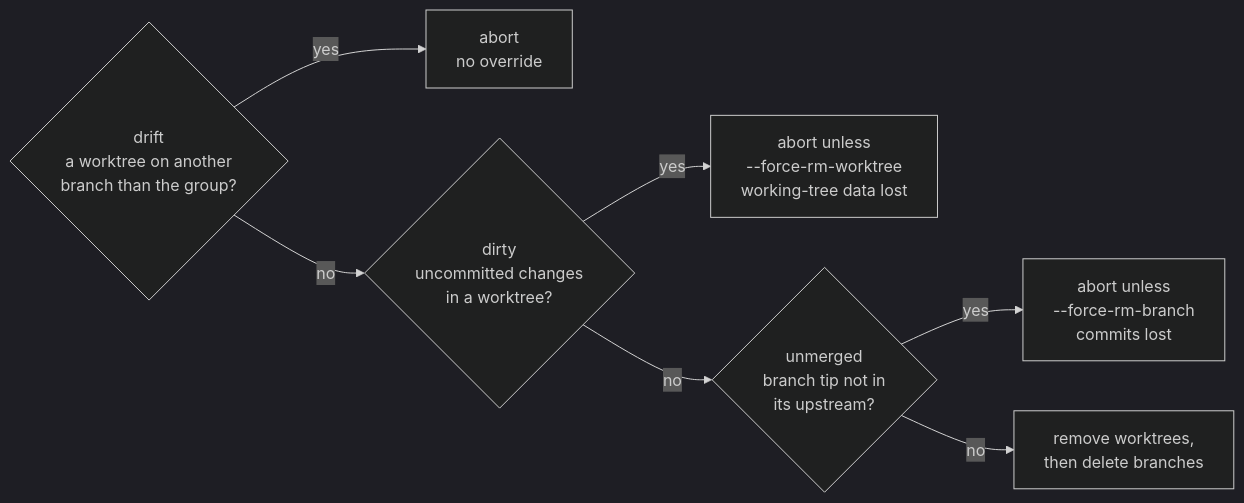
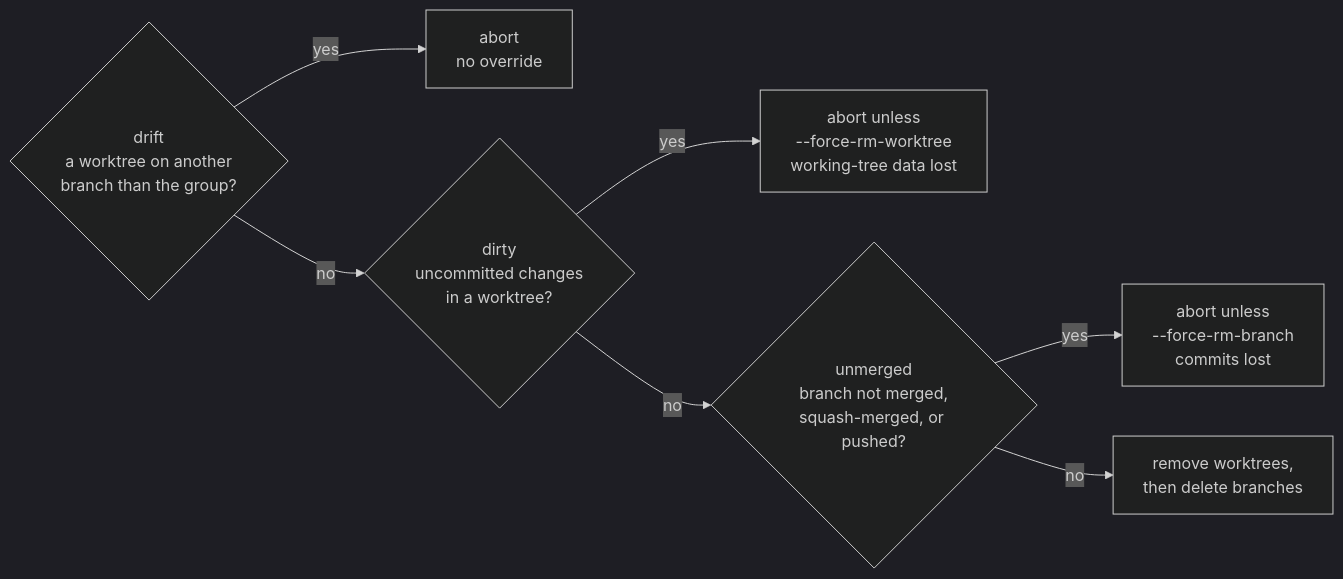
One commit to nvie/worktrees changed the eighth of 8 diagrams in README.md. Above: the diagram before and after it, drawn with Mermaid (dark theme). The commit also changed other lines of this file and 1 other file, not shown here.

First line of the commit message:
Treat squash-merged branches as merged when removing worktree groups

````diff
--- a/README.md
+++ b/README.md
@@ -520,10 +520,10 @@
 ```mermaid
 flowchart LR
   D1{"drift<br/>a worktree on another<br/>branch than the group?"}
   D1 -- yes --> A1["abort<br/>no override"]
   D1 -- no --> D2{"dirty<br/>uncommitted changes<br/>in a worktree?"}
   D2 -- yes --> A2["abort unless<br/>--force-rm-worktree<br/>working-tree data lost"]
-  D2 -- no --> D3{"unmerged<br/>branch tip not in<br/>its upstream?"}
+  D2 -- no --> D3{"unmerged<br/>branch not merged,<br/>squash-merged, or pushed?"}
   D3 -- yes --> A3["abort unless<br/>--force-rm-branch<br/>commits lost"]
   D3 -- no --> OK["remove worktrees,<br/>then delete branches"]
 ```
````
